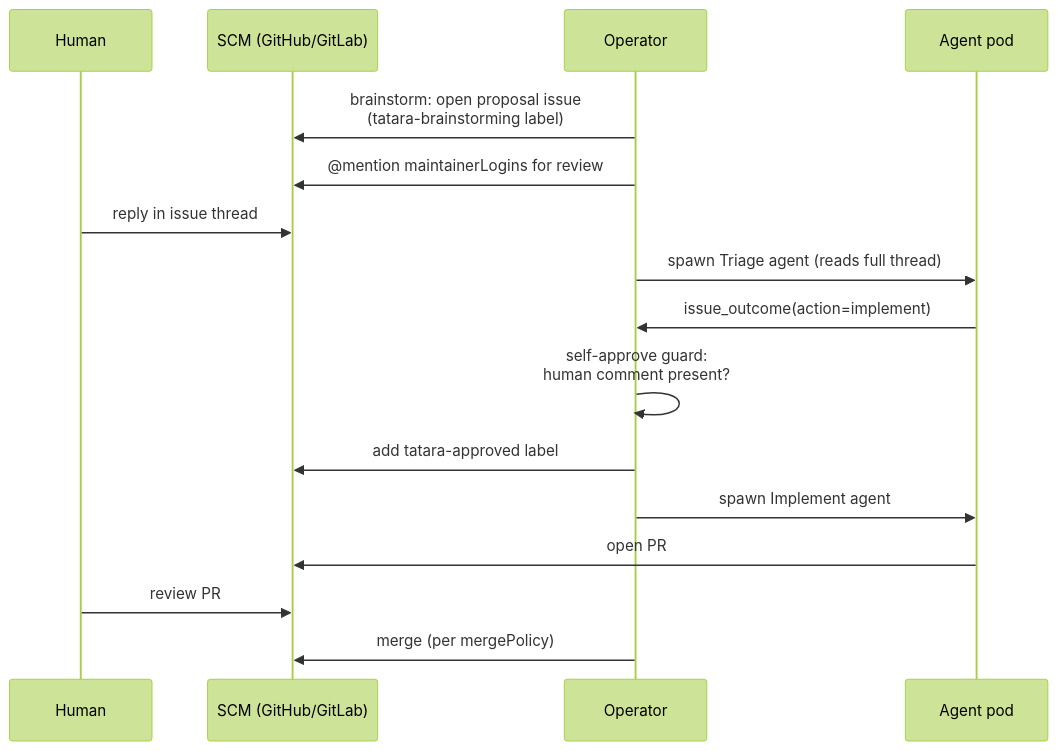
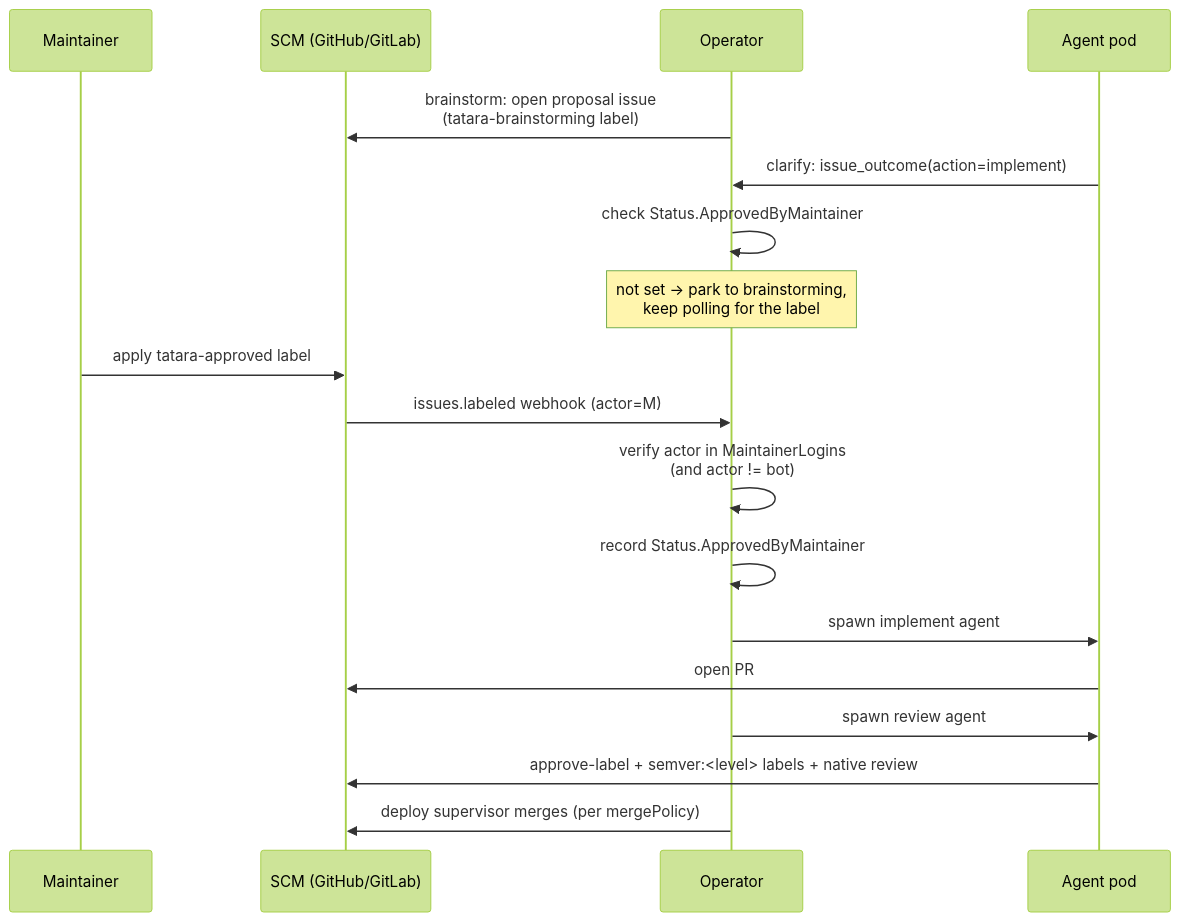
One commit to szymonrychu/tatara-documentation changed the first of 2 diagrams in docs/operations/security/approval-gates.md. Above: the diagram before and after it, drawn with Mermaid (forest theme). The commit also changed other lines of this file and 39 other files, not shown here.

````diff
--- a/docs/operations/security/approval-gates.md
+++ b/docs/operations/security/approval-gates.md
@@ -15,19 +17,21 @@
 ```mermaid
 sequenceDiagram
-    participant H as Human
+    participant M as Maintainer
     participant SCM as SCM (GitHub/GitLab)
     participant OP as Operator
     participant AG as Agent pod
 
     OP->>SCM: brainstorm: open proposal issue<br/>(tatara-brainstorming label)
-    OP->>SCM: @mention maintainerLogins for review
-    H->>SCM: reply in issue thread
-    OP->>AG: spawn Triage agent (reads full thread)
-    AG->>OP: issue_outcome(action=implement)
-    OP->>OP: self-approve guard:<br/>human comment present?
-    OP->>SCM: add tatara-approved label
-    OP->>AG: spawn Implement agent
+    AG->>OP: clarify: issue_outcome(action=implement)
+    OP->>OP: check Status.ApprovedByMaintainer
+    Note over OP: not set -> park to brainstorming,<br/>keep polling for the label
+    M->>SCM: apply tatara-approved label
+    SCM->>OP: issues.labeled webhook (actor=M)
+    OP->>OP: verify actor in MaintainerLogins<br/>(and actor != bot)
+    OP->>OP: record Status.ApprovedByMaintainer
+    OP->>AG: spawn implement agent
     AG->>SCM: open PR
-    H->>SCM: review PR
-    OP->>SCM: merge (per mergePolicy)
+    OP->>AG: spawn review agent
+    AG->>SCM: approve-label + semver:<level> labels + native review
+    OP->>SCM: deploy supervisor merges (per mergePolicy)
 ```
````
